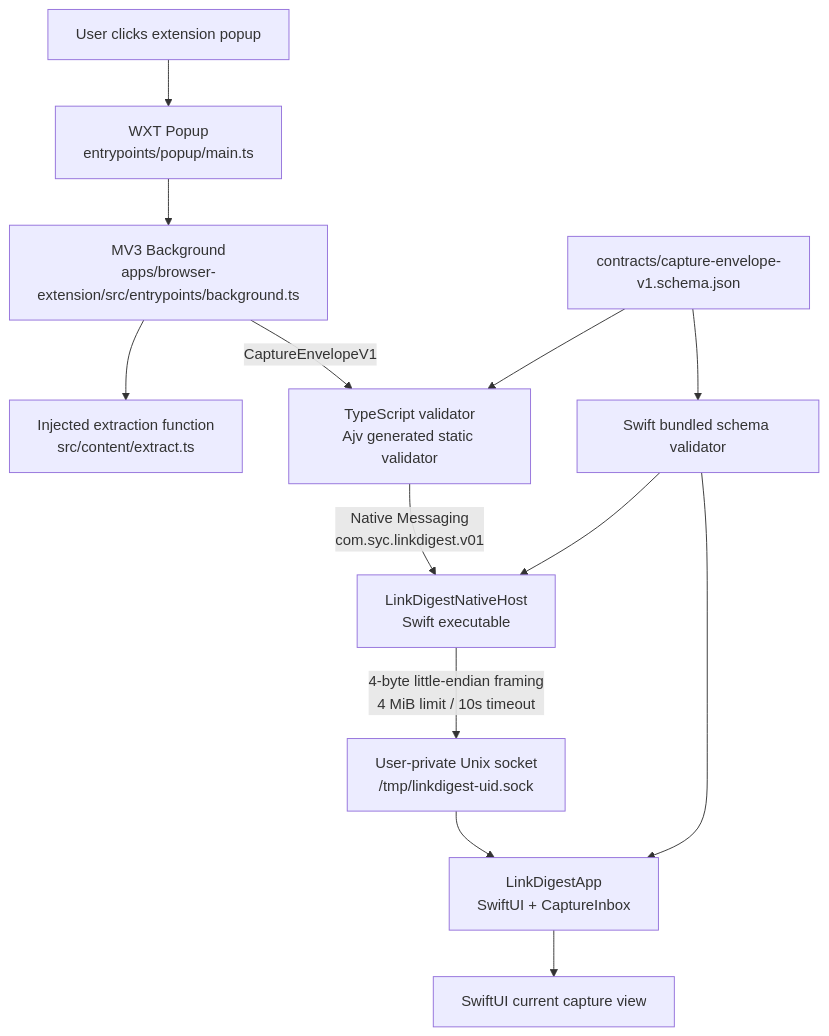
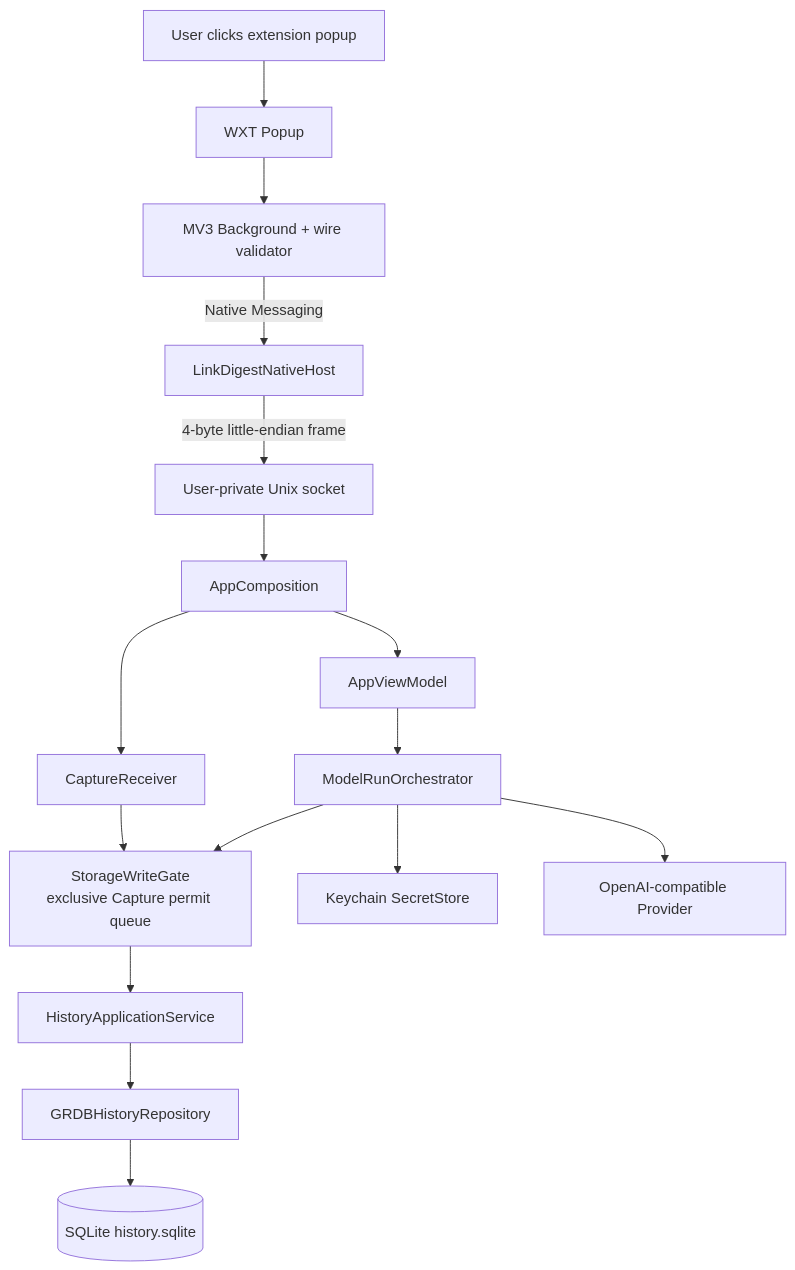
Before and after one commit to Songxiaor/jizuo: the diagram in brain/architecture.md, drawn with Mermaid. The commit also changed other lines of this file and 95 other files, not shown here.

````diff
--- a/brain/architecture.md
+++ b/brain/architecture.md
@@ -12,15 +12,18 @@
 ```mermaid
 graph TD
-  User[User clicks extension popup] --> Popup[WXT Popup<br/>entrypoints/popup/main.ts]
-  Popup --> BG[MV3 Background<br/>apps/browser-extension/src/entrypoints/background.ts]
-  BG --> Extract[Injected extraction function<br/>src/content/extract.ts]
-  BG -->|CaptureEnvelopeV1| ContractTS[TypeScript validator<br/>Ajv generated static validator]
-  ContractTS -->|Native Messaging<br/>com.syc.linkdigest.v01| Host[LinkDigestNativeHost<br/>Swift executable]
-  Host -->|4-byte little-endian framing<br/>4 MiB limit / 10s timeout| Socket[User-private Unix socket<br/>/tmp/linkdigest-uid.sock]
-  Socket --> App[LinkDigestApp<br/>SwiftUI + CaptureInbox]
-  App --> UI[SwiftUI current capture view]
-  ContractRoot[contracts/capture-envelope-v1.schema.json] --> ContractTS
-  ContractRoot --> ContractSwift[Swift bundled schema validator]
-  ContractSwift --> Host
-  ContractSwift --> App
+  User[User clicks extension popup] --> Popup[WXT Popup]
+  Popup --> BG[MV3 Background + wire validator]
+  BG -->|Native Messaging| Host[LinkDigestNativeHost]
+  Host -->|4-byte little-endian frame| Socket[User-private Unix socket]
+  Socket --> Composition[AppComposition]
+  Composition --> Receiver[CaptureReceiver]
+  Receiver --> Gate[StorageWriteGate\nexclusive Capture permit queue]
+  Gate --> Service[HistoryApplicationService]
+  Service --> Repo[GRDBHistoryRepository]
+  Repo --> DB[(SQLite history.sqlite)]
+  Composition --> VM[AppViewModel]
+  VM --> Orchestrator[ModelRunOrchestrator]
+  Orchestrator --> Gate
+  Orchestrator --> Keychain[Keychain SecretStore]
+  Orchestrator --> Provider[OpenAI-compatible Provider]
 ```
````
